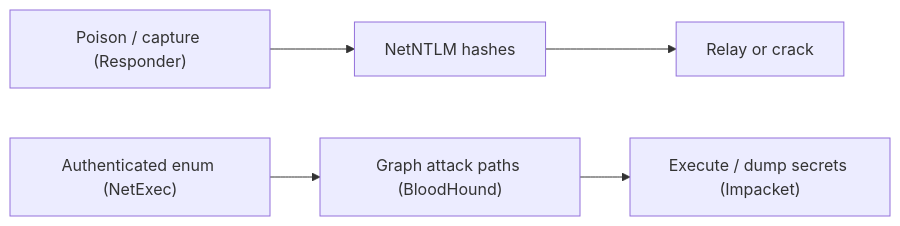
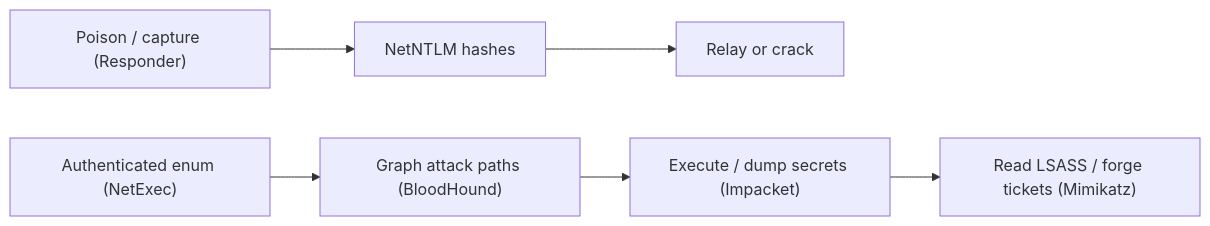
The diagram in Tooling & Scripting/Tooling/Offensive Tools/Active Directory & Windows Attack Tools/Active Directory & Windows Attack Tools.md (nnr-root/cybersec-crook2root-notes), drawn with Mermaid before and after one commit. The commit also changed other lines of this file and 5 other files, not shown here.

````diff
--- a/Tooling & Scripting/Tooling/Offensive Tools/Active Directory & Windows Attack Tools/Active Directory & Windows Attack Tools.md
+++ b/Tooling & Scripting/Tooling/Offensive Tools/Active Directory & Windows Attack Tools/Active Directory & Windows Attack Tools.md
@@ -15,7 +15,8 @@
 ```mermaid
 flowchart LR
     P["Poison / capture (Responder)"] --> H["NetNTLM hashes"]
     H --> R["Relay or crack"]
     E["Authenticated enum (NetExec)"] --> G["Graph attack paths (BloodHound)"]
     G --> X["Execute / dump secrets (Impacket)"]
+    X --> M["Read LSASS / forge tickets (Mimikatz)"]
 ```
````
